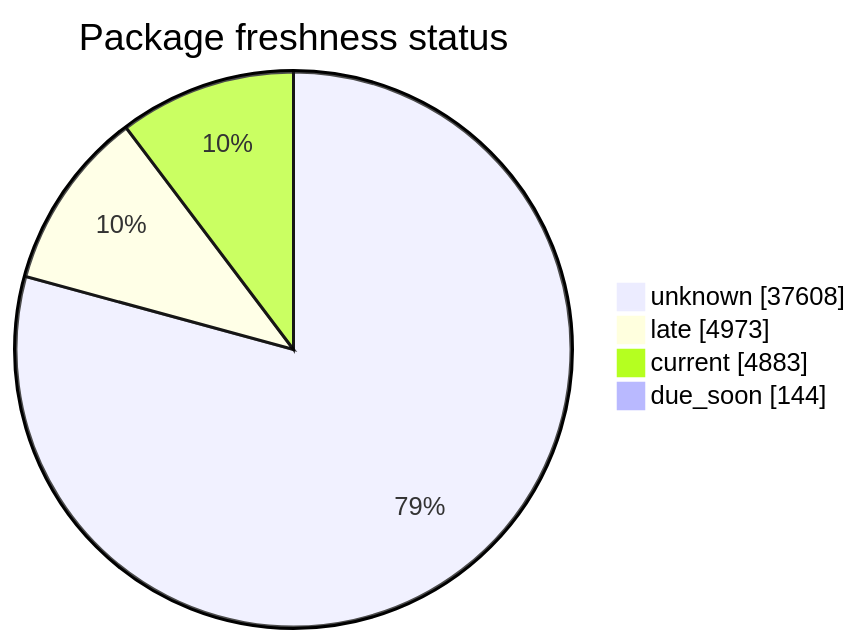
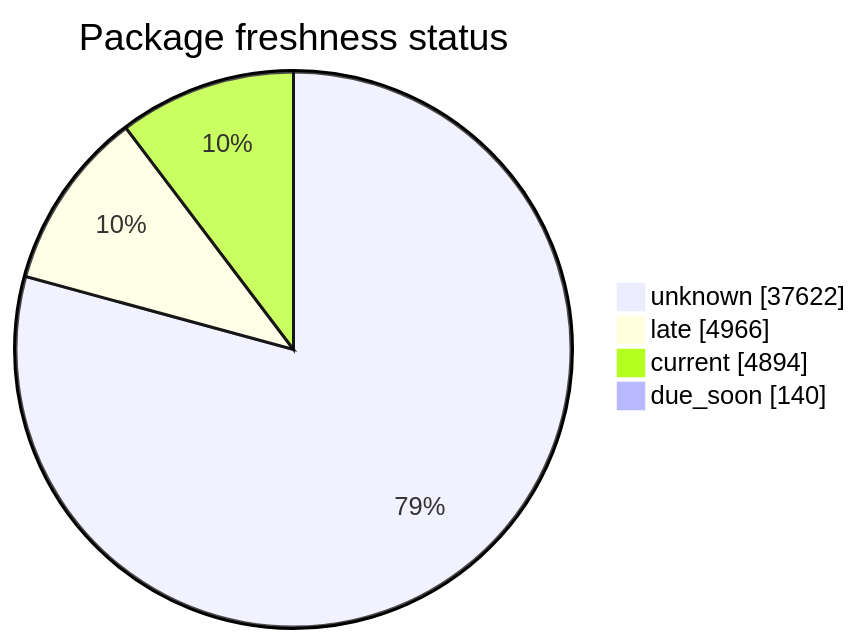
Before and after one commit to open-data/analytics-corporate-reporting: the second of 5 diagrams in FreshCheck/README.md, drawn with Mermaid. The commit also changed other lines of this file and 3 other files, not shown here.

````diff
--- a/FreshCheck/README.md
+++ b/FreshCheck/README.md
@@ -68,7 +68,7 @@
 ```mermaid
 pie showData title Package freshness status
-    "unknown": 37608
-    "late": 4973
-    "current": 4883
-    "due_soon": 144
+    "unknown": 37622
+    "late": 4966
+    "current": 4894
+    "due_soon": 140
 ```
````
